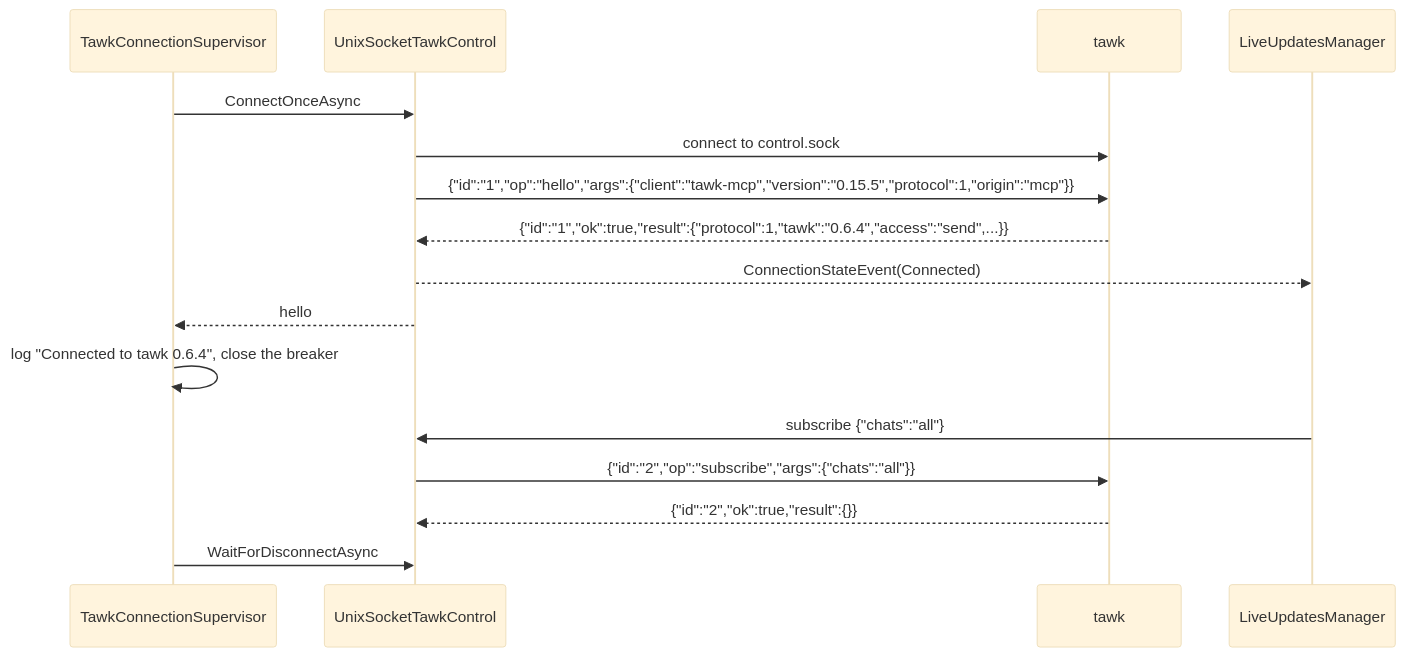
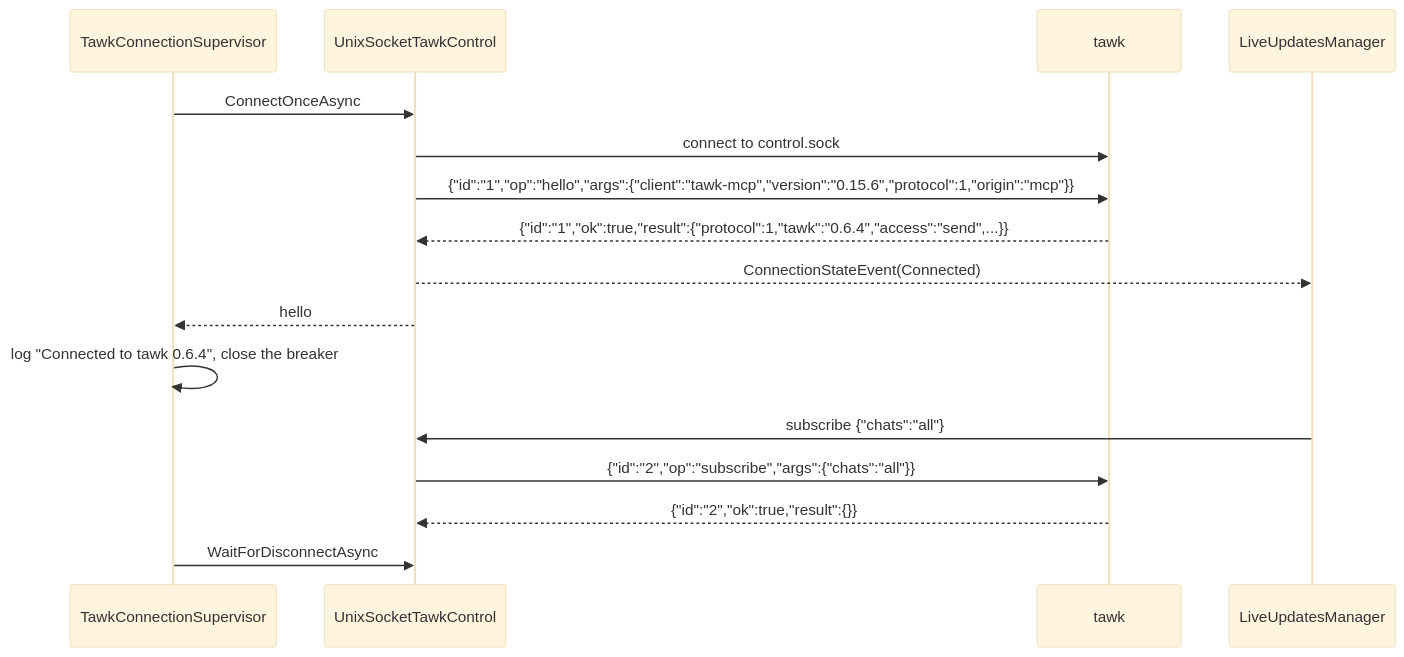
One commit to loganventer/Corvus.Mcp.Server.Tawk changed the first of 14 diagrams in HOW_IT_WORKS.md. Above: the diagram before and after it, drawn with Mermaid (base theme). The commit also changed other lines of this file and 18 other files, not shown here.

````diff
--- a/HOW_IT_WORKS.md
+++ b/HOW_IT_WORKS.md
@@ -31,19 +31,19 @@
 ```mermaid
 sequenceDiagram
     participant S as TawkConnectionSupervisor
     participant C as UnixSocketTawkControl
     participant T as tawk
     participant L as LiveUpdatesManager
 
     S->>C: ConnectOnceAsync
     C->>T: connect to control.sock
-    C->>T: {"id":"1","op":"hello","args":{"client":"tawk-mcp","version":"0.15.5","protocol":1,"origin":"mcp"}}
+    C->>T: {"id":"1","op":"hello","args":{"client":"tawk-mcp","version":"0.15.6","protocol":1,"origin":"mcp"}}
     T-->>C: {"id":"1","ok":true,"result":{"protocol":1,"tawk":"0.6.4","access":"send",...}}
     C-->>L: ConnectionStateEvent(Connected)
     C-->>S: hello
     S->>S: log "Connected to tawk 0.6.4", close the breaker
     L->>C: subscribe {"chats":"all"}
     C->>T: {"id":"2","op":"subscribe","args":{"chats":"all"}}
     T-->>C: {"id":"2","ok":true,"result":{}}
     S->>C: WaitForDisconnectAsync
 ```
````
